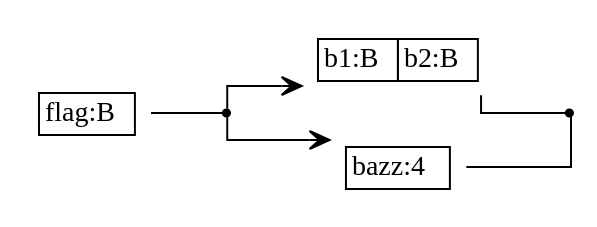
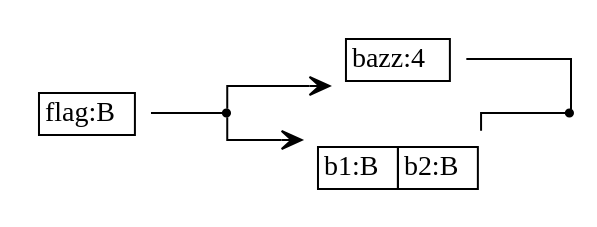
The diagram in src/genunion/genunion-spec.dot (sireum/bitcodec-examples), drawn with Graphviz before and after one commit. The commit also changed other lines of this file and 16 other files, not shown here.

```diff
--- a/src/genunion/genunion-spec.dot
+++ b/src/genunion/genunion-spec.dot
@@ -1,30 +1,30 @@
 digraph G {
   rankdir = LR;
   graph [splines=ortho];
   node [shape=plaintext];
   edge [arrowhead=vee];
 
   n0 [label=<
     <TABLE BORDER="0" CELLBORDER="1" CELLSPACING="0" TOOLTIP="Foo" HREF="#">
       <TR><TD>flag:B</TD></TR>
     </TABLE>
   >];
   n1 [shape=point];
   n2 [label=<
-    <TABLE BORDER="0" CELLBORDER="1" CELLSPACING="0" TOOLTIP="Foo.baz" HREF="#">
-      <TR><TD>b1:B</TD><TD>b2:B</TD></TR>
+    <TABLE BORDER="0" CELLBORDER="1" CELLSPACING="0" TOOLTIP="Foo.bazz" HREF="#">
+      <TR><TD>bazz:4</TD></TR>
     </TABLE>
   >];
   n3 [label=<
-    <TABLE BORDER="0" CELLBORDER="1" CELLSPACING="0" TOOLTIP="Foo.bazz" HREF="#">
-      <TR><TD>bazz:4</TD></TR>
+    <TABLE BORDER="0" CELLBORDER="1" CELLSPACING="0" TOOLTIP="Foo.baz" HREF="#">
+      <TR><TD>b1:B</TD><TD>b2:B</TD></TR>
     </TABLE>
   >];
   n4 [shape=point];
 
   n0 -> n1 [arrowhead=none];
   n1 -> n2;
   n1 -> n3;
   n2 -> n4 [arrowhead=none];
   n3 -> n4 [arrowhead=none];
 }
```
